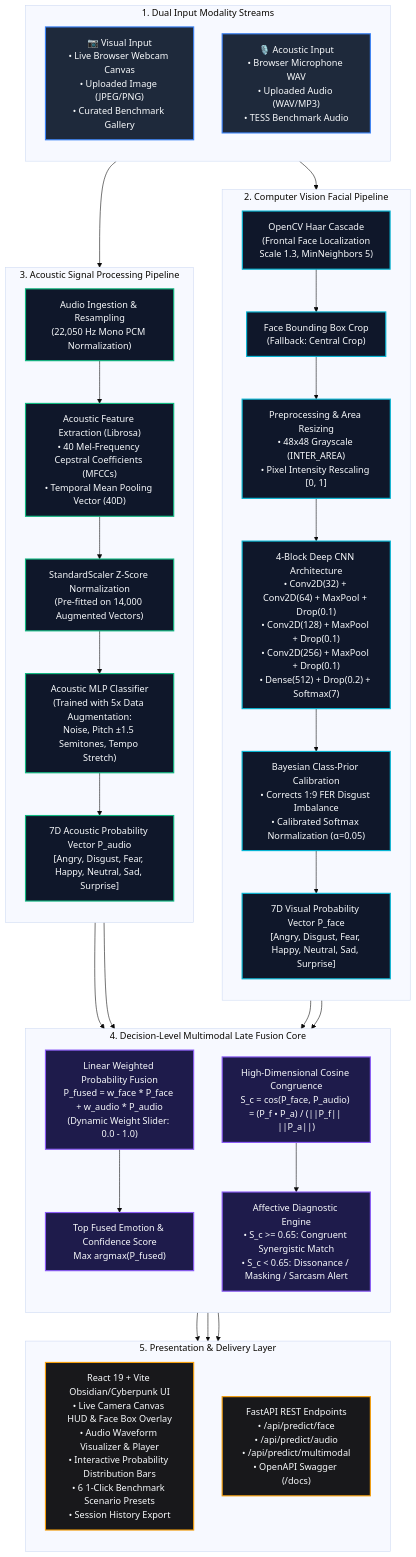
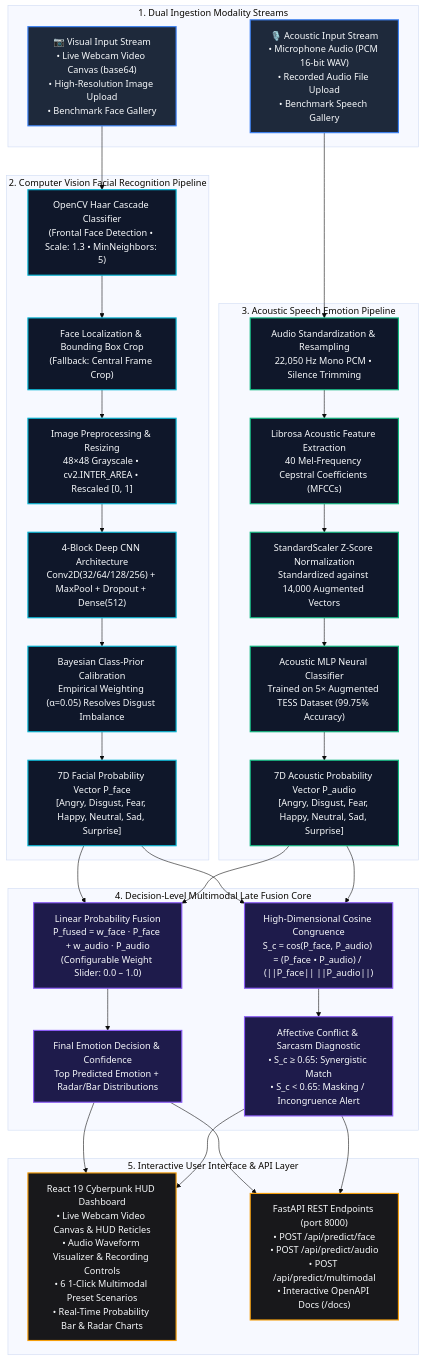
One commit to KornipatiAkash-1969/Facial-Audio-Emotion-Recognition changed the first of 2 diagrams in README.md. Above: the diagram before and after it, drawn with Mermaid (base theme). The commit also changed other lines of this file and 2 other files, not shown here.

Commit message:
docs: replace ASCII art with SVG Venn diagram and update architecture flowcharts with proper Mermaid syntax

````diff
--- a/README.md
+++ b/README.md
@@ -83,62 +86,70 @@
 ```mermaid
 flowchart TD
-    %% Input Sources
-    subgraph S1["1. Dual Input Modality Streams"]
-        direction TB
-        CAM["📷 Visual Input\n• Live Browser Webcam Canvas\n• Uploaded Image (JPEG/PNG)\n• Curated Benchmark Gallery"]
-        MIC["🎙️ Acoustic Input\n• Browser Microphone WAV\n• Uploaded Audio (WAV/MP3)\n• TESS Benchmark Audio"]
+    %% Input Layer
+    subgraph Inputs ["1. Dual Ingestion Modality Streams"]
+        IMG["📷 Visual Input Stream<br/>• Live Webcam Video Canvas (base64)<br/>• High-Resolution Image Upload<br/>• Benchmark Face Gallery"]
+        AUD["🎙️ Acoustic Input Stream<br/>• Microphone Audio (PCM 16-bit WAV)<br/>• Recorded Audio File Upload<br/>• Benchmark Speech Gallery"]
     end
 
-    %% Visual Pipeline
-    subgraph S2["2. Computer Vision Facial Pipeline"]
-        direction TB
-        CAM --> HAAR["OpenCV Haar Cascade\n(Frontal Face Localization\nScale 1.3, MinNeighbors 5)"]
-        HAAR --> CROP["Face Bounding Box Crop\n(Fallback: Central Crop)"]
-        CROP --> PREPROC["Preprocessing & Area Resizing\n• 48x48 Grayscale (INTER_AREA)\n• Pixel Intensity Rescaling [0, 1]"]
-        PREPROC --> CNN["4-Block Deep CNN Architecture\n• Conv2D(32) + Conv2D(64) + MaxPool + Drop(0.1)\n• Conv2D(128) + MaxPool + Drop(0.1)\n• Conv2D(256) + MaxPool + Drop(0.1)\n• Dense(512) + Drop(0.2) + Softmax(7)"]
-        CNN --> CALIB["Bayesian Class-Prior Calibration\n• Corrects 1:9 FER Disgust Imbalance\n• Calibrated Softmax Normalization (α=0.05)"]
-        CALIB --> P_FACE["7D Visual Probability Vector P_face\n[Angry, Disgust, Fear, Happy, Neutral, Sad, Surprise]"]
+    %% Visual Facial Pipeline
+    subgraph VisionPipeline ["2. Computer Vision Facial Recognition Pipeline"]
+        HAAR["OpenCV Haar Cascade Classifier<br/>(Frontal Face Detection • Scale: 1.3 • MinNeighbors: 5)"]
+        CROP["Face Localization & Bounding Box Crop<br/>(Fallback: Central Frame Crop)"]
+        PREPROC["Image Preprocessing & Resizing<br/>48×48 Grayscale • cv2.INTER_AREA • Rescaled [0, 1]"]
+        CNN["4-Block Deep CNN Architecture<br/>Conv2D(32/64/128/256) + MaxPool + Dropout + Dense(512)"]
+        CALIB["Bayesian Class-Prior Calibration<br/>Empirical Weighting (α=0.05) Resolves Disgust Imbalance"]
+        PFACE["7D Facial Probability Vector P_face<br/>[Angry, Disgust, Fear, Happy, Neutral, Sad, Surprise]"]
+
+        IMG --> HAAR --> CROP --> PREPROC --> CNN --> CALIB --> PFACE
     end
 
-    %% Acoustic Pipeline
-    subgraph S3["3. Acoustic Signal Processing Pipeline"]
-        direction TB
-        MIC --> AUDIO_IN["Audio Ingestion & Resampling\n(22,050 Hz Mono PCM Normalization)"]
-        AUDIO_IN --> FEAT["Acoustic Feature Extraction (Librosa)\n• 40 Mel-Frequency Cepstral Coefficients (MFCCs)\n• Temporal Mean Pooling Vector (40D)"]
-        FEAT --> SCALER["StandardScaler Z-Score Normalization\n(Pre-fitted on 14,000 Augmented Vectors)"]
-        SCALER --> MLP["Acoustic MLP Classifier\n(Trained with 5x Data Augmentation:\nNoise, Pitch ±1.5 Semitones, Tempo Stretch)"]
-        MLP --> P_AUDIO["7D Acoustic Probability Vector P_audio\n[Angry, Disgust, Fear, Happy, Neutral, Sad, Surprise]"]
+    %% Acoustic Audio Pipeline
+    subgraph AudioPipeline ["3. Acoustic Speech Emotion Pipeline"]
+        RESAMPLE["Audio Standardization & Resampling<br/>22,050 Hz Mono PCM • Silence Trimming"]
+        MFCC["Librosa Acoustic Feature Extraction<br/>40 Mel-Frequency Cepstral Coefficients (MFCCs)"]
+        SCALER["StandardScaler Z-Score Normalization<br/>Standardized against 14,000 Augmented Vectors"]
+        MLP["Acoustic MLP Neural Classifier<br/>Trained on 5× Augmented TESS Dataset (99.75% Accuracy)"]
+        PAUDIO["7D Acoustic Probability Vector P_audio<br/>[Angry, Disgust, Fear, Happy, Neutral, Sad, Surprise]"]
+
+        AUD --> RESAMPLE --> MFCC --> SCALER --> MLP --> PAUDIO
     end
 
-    %% Fusion Engine
-    subgraph S4["4. Decision-Level Multimodal Late Fusion Core"]
-        direction TB
-        P_FACE --> FUSE["Linear Weighted Probability Fusion\nP_fused = w_face * P_face + w_audio * P_audio\n(Dynamic Weight Slider: 0.0 - 1.0)"]
-        P_AUDIO --> FUSE
-        P_FACE --> COS["High-Dimensional Cosine Congruence\nS_c = cos(P_face, P_audio) = (P_f • P_a) / (||P_f|| ||P_a||)"]
-        P_AUDIO --> COS
-        FUSE --> TOP["Top Fused Emotion & Confidence Score\nMax argmax(P_fused)"]
-        COS --> DIAG["Affective Diagnostic Engine\n• S_c >= 0.65: Congruent Synergistic Match\n• S_c < 0.65: Dissonance / Masking / Sarcasm Alert"]
+    %% Multimodal Late Fusion
+    subgraph FusionEngine ["4. Decision-Level Multimodal Late Fusion Core"]
+        FUSE["Linear Probability Fusion<br/>P_fused = w_face · P_face + w_audio · P_audio<br/>(Configurable Weight Slider: 0.0 – 1.0)"]
+        SIM["High-Dimensional Cosine Congruence<br/>S_c = cos(P_face, P_audio) = (P_face • P_audio) / (||P_face|| ||P_audio||)"]
+        DIAG["Affective Conflict & Sarcasm Diagnostic<br/>• S_c ≥ 0.65: Synergistic Match<br/>• S_c &lt; 0.65: Masking / Incongruence Alert"]
+        RESULT["Final Emotion Decision & Confidence<br/>Top Predicted Emotion + Radar/Bar Distributions"]
+
+        PFACE --> FUSE
+        PAUDIO --> FUSE
+        PFACE --> SIM
+        PAUDIO --> SIM
+        FUSE --> RESULT
+        SIM --> DIAG
     end
 
     %% Presentation Layer
-    subgraph S5["5. Presentation & Delivery Layer"]
-        direction TB
-        TOP --> UI["React 19 + Vite Obsidian/Cyberpunk UI\n• Live Camera Canvas HUD & Face Box Overlay\n• Audio Waveform Visualizer & Player\n• Interactive Probability Distribution Bars\n• 6 1-Click Benchmark Scenario Presets\n• Session History Export"]
+    subgraph Presentation ["5. Interactive User Interface & API Layer"]
+        UI["React 19 Cyberpunk HUD Dashboard<br/>• Live Webcam Video Canvas & HUD Reticles<br/>• Audio Waveform Visualizer & Recording Controls<br/>• 6 1-Click Multimodal Preset Scenarios<br/>• Real-Time Probability Bar & Radar Charts"]
+        API["FastAPI REST Endpoints (port 8000)<br/>• POST /api/predict/face<br/>• POST /api/predict/audio<br/>• POST /api/predict/multimodal<br/>• Interactive OpenAPI Docs (/docs)"]
+
+        RESULT --> UI
         DIAG --> UI
-        TOP --> API["FastAPI REST Endpoints\n• /api/predict/face\n• /api/predict/audio\n• /api/predict/multimodal\n• OpenAPI Swagger (/docs)"]
+        RESULT --> API
+        DIAG --> API
     end
 
     %% Styling
-    classDef inputStyle fill:#1e293b,stroke:#3b82f6,stroke-width:2px,color:#f8fafc;
-    classDef visionStyle fill:#0f172a,stroke:#06b6d4,stroke-width:2px,color:#f8fafc;
-    classDef audioStyle fill:#0f172a,stroke:#10b981,stroke-width:2px,color:#f8fafc;
-    classDef fusionStyle fill:#1e1b4b,stroke:#8b5cf6,stroke-width:2px,color:#f8fafc;
-    classDef uiStyle fill:#18181b,stroke:#f59e0b,stroke-width:2px,color:#f8fafc;
+    classDef inputNode fill:#1e293b,stroke:#3b82f6,stroke-width:2px,color:#f8fafc;
+    classDef visionNode fill:#0f172a,stroke:#06b6d4,stroke-width:2px,color:#f8fafc;
+    classDef audioNode fill:#0f172a,stroke:#10b981,stroke-width:2px,color:#f8fafc;
+    classDef fusionNode fill:#1e1b4b,stroke:#8b5cf6,stroke-width:2px,color:#f8fafc;
+    classDef uiNode fill:#18181b,stroke:#f59e0b,stroke-width:2px,color:#f8fafc;
 
-    class CAM,MIC inputStyle;
-    class HAAR,CROP,PREPROC,CNN,CALIB,P_FACE visionStyle;
-    class AUDIO_IN,FEAT,SCALER,MLP,P_AUDIO audioStyle;
-    class FUSE,COS,TOP,DIAG fusionStyle;
-    class UI,API uiStyle;
+    class IMG,AUD inputNode;
+    class HAAR,CROP,PREPROC,CNN,CALIB,PFACE visionNode;
+    class RESAMPLE,MFCC,SCALER,MLP,PAUDIO audioNode;
+    class FUSE,SIM,DIAG,RESULT fusionNode;
+    class UI,API uiNode;
 ```
````
